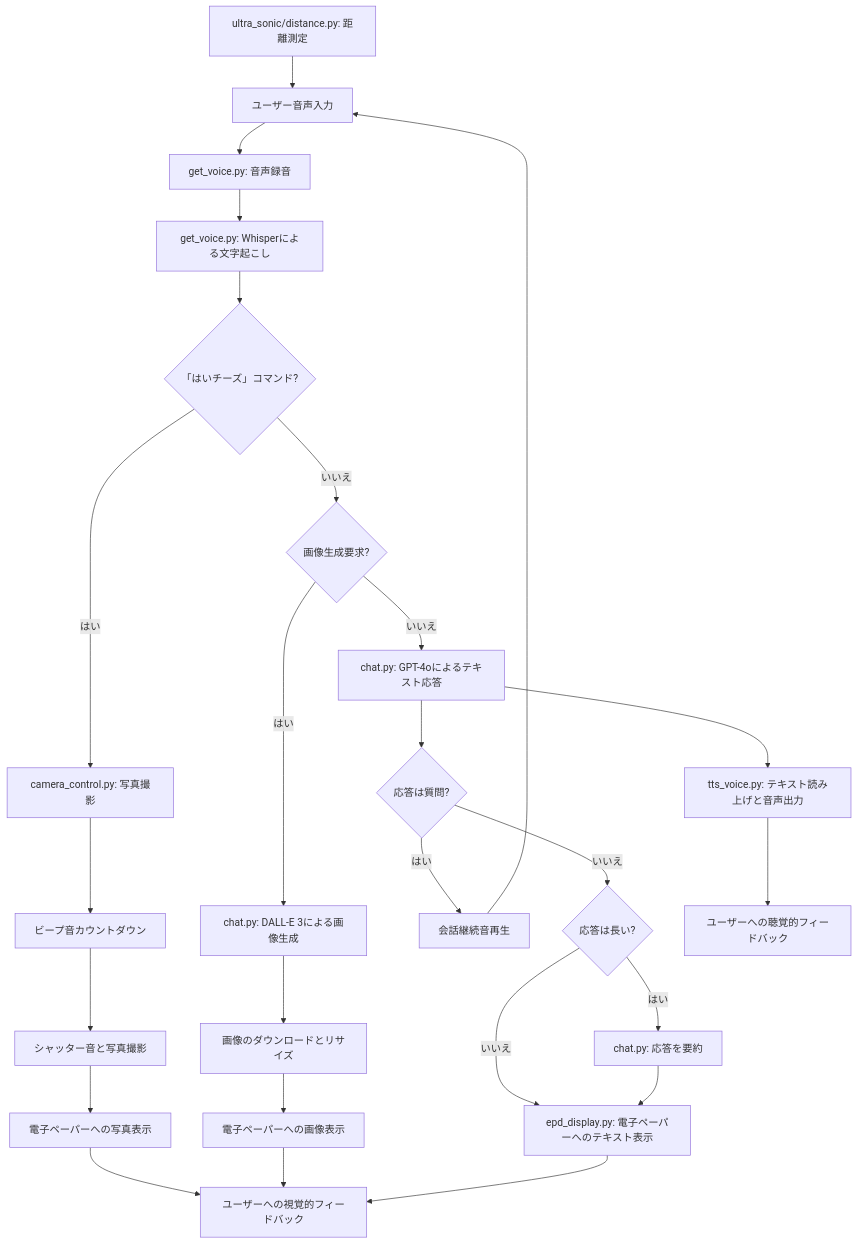
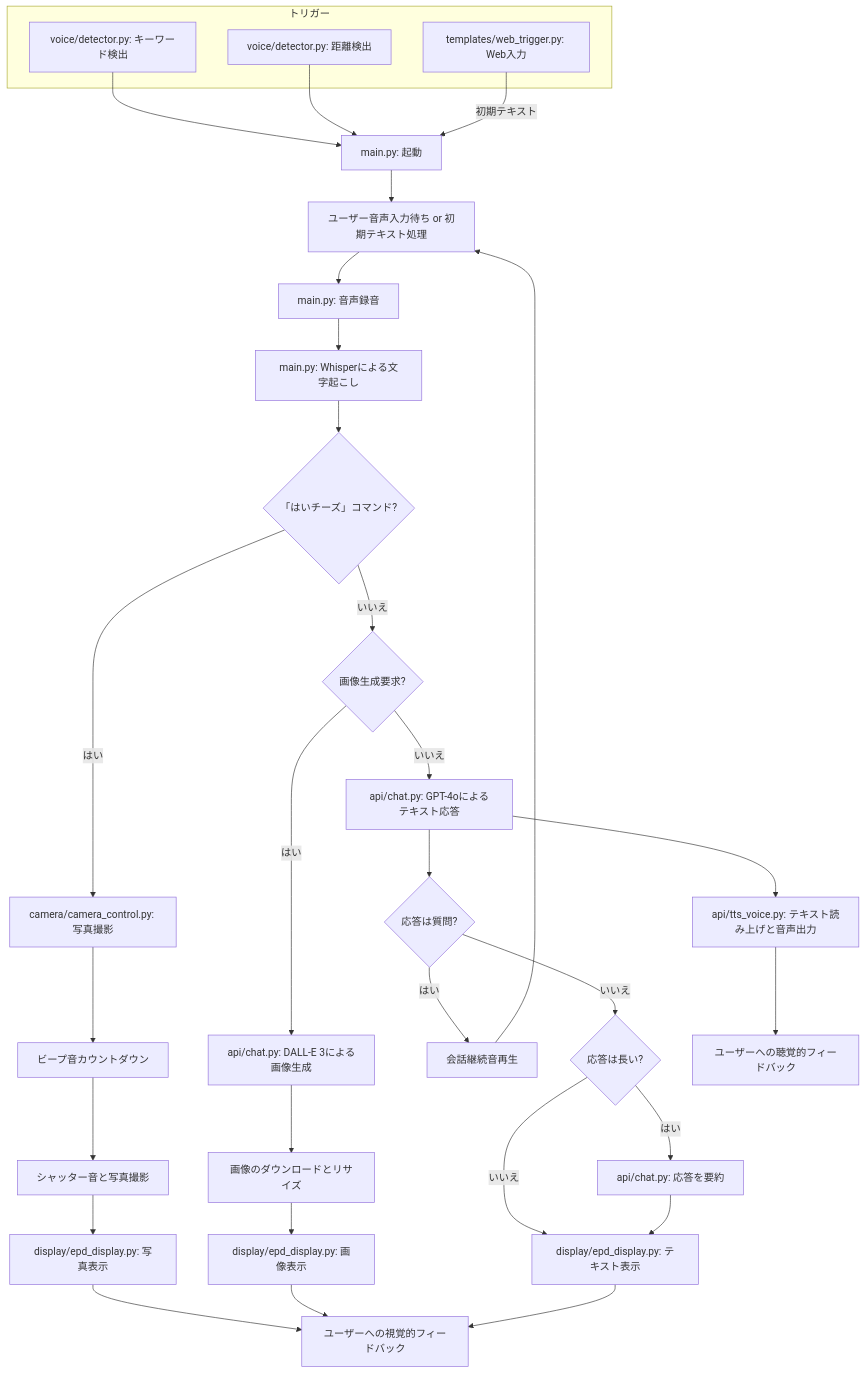
Before and after one commit to ym-dskr/auto_speaker: the diagram in README.md, drawn with Mermaid. The commit also changed other lines of this file, not shown here.

````diff
--- a/README.md
+++ b/README.md
@@ -111,28 +125,38 @@
 ```mermaid
 graph TD
-    A[ユーザー音声入力] --> B[get_voice.py: 音声録音]
-    B --> C[get_voice.py: Whisperによる文字起こし]
+    subgraph トリガー
+        T1[voice/detector.py: キーワード検出]
+        T2[voice/detector.py: 距離検出]
+        T3[templates/web_trigger.py: Web入力]
+    end
+
+    T1 --> M[main.py: 起動]
+    T2 --> M
+    T3 -- 初期テキスト --> M
+
+    M --> A[ユーザー音声入力待ち or 初期テキスト処理]
+    A --> B[main.py: 音声録音]
+    B --> C[main.py: Whisperによる文字起こし]
     C --> D1{「はいチーズ」コマンド?}
-    D1 -->|はい| E1[camera_control.py: 写真撮影]
+    D1 -->|はい| E1[camera/camera_control.py: 写真撮影]
     E1 --> F1[ビープ音カウントダウン]
     F1 --> G1[シャッター音と写真撮影]
-    G1 --> H1[電子ペーパーへの写真表示]
+    G1 --> H1[display/epd_display.py: 写真表示]
     D1 -->|いいえ| D2{画像生成要求?}
-    D2 --> |はい| E2[chat.py: DALL-E 3による画像生成]
-    D2 --> |いいえ| F2[chat.py: GPT-4oによるテキスト応答]
+    D2 --> |はい| E2[api/chat.py: DALL-E 3による画像生成]
+    D2 --> |いいえ| F2[api/chat.py: GPT-4oによるテキスト応答]
     E2 --> G2[画像のダウンロードとリサイズ]
-    G2 --> H2[電子ペーパーへの画像表示]
+    G2 --> H2[display/epd_display.py: 画像表示]
     F2 --> Q{応答は質問?}
     Q -- はい --> R[会話継続音再生]
     R --> A
     Q -- いいえ --> S{応答は長い?}
-    S -- はい --> T[chat.py: 応答を要約]
-    S -- いいえ --> I[epd_display.py: 電子ペーパーへのテキスト表示]
+    S -- はい --> T[api/chat.py: 応答を要約]
+    S -- いいえ --> I[display/epd_display.py: テキスト表示]
     T --> I
-    F2 --> J[tts_voice.py: テキスト読み上げと音声出力]
+    F2 --> J[api/tts_voice.py: テキスト読み上げと音声出力]
     H1 --> K[ユーザーへの視覚的フィードバック]
     H2 --> K
     I --> K
     J --> L[ユーザーへの聴覚的フィードバック]
-    M[ultra_sonic/distance.py: 距離測定] --> A
 ```
````
